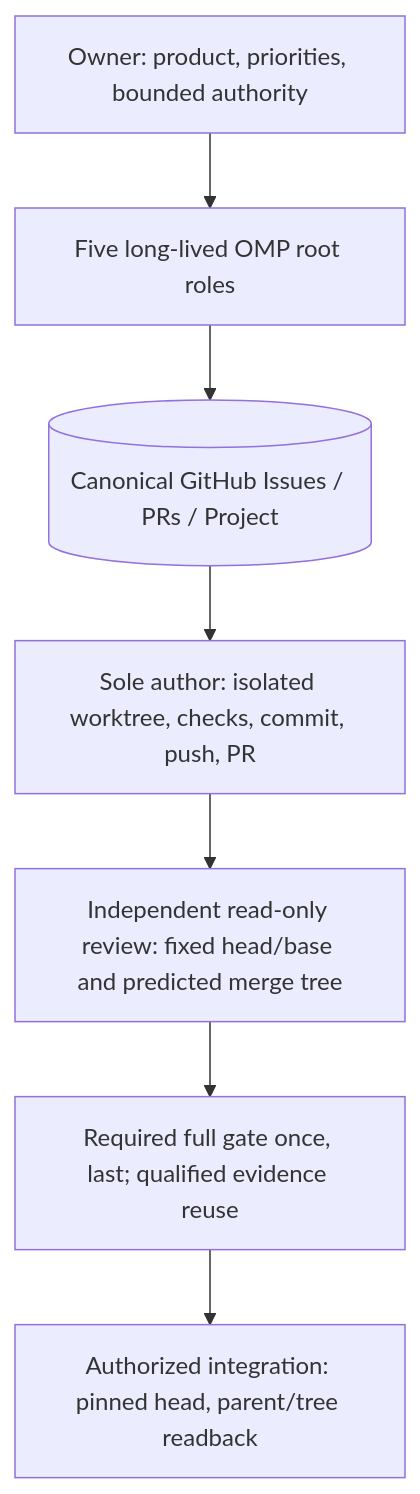
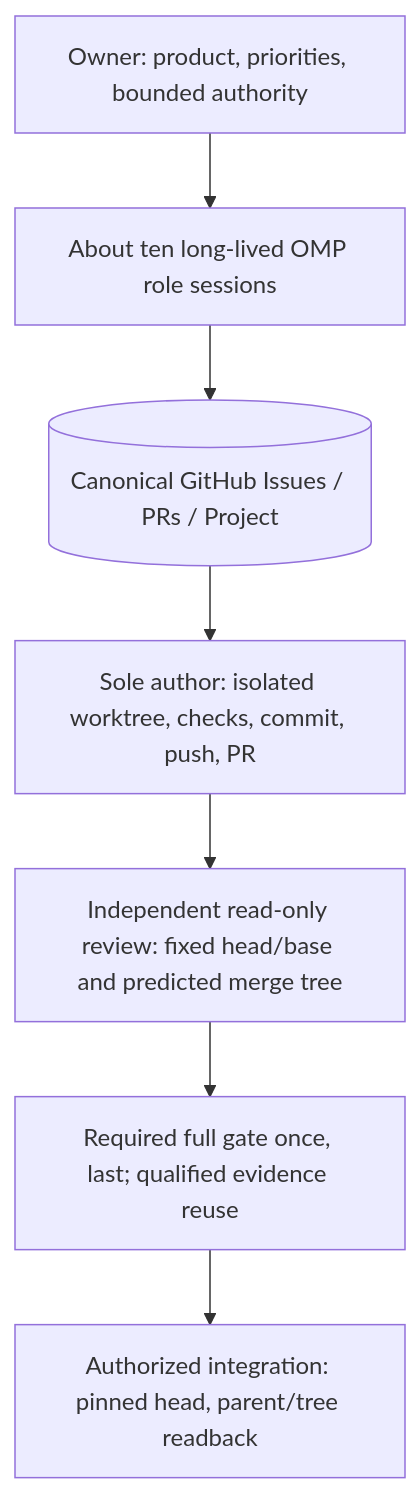
One commit to mg-mg-mg/agentic-engineering changed the diagram in README.md. Above: the diagram before and after it, drawn with Mermaid. The commit also changed other lines of this file and 1 other file, not shown here.

First line of the commit message:
Document ten coding roles and reliability lessons at agent concurrency scale (#2)

````diff
--- a/README.md
+++ b/README.md
@@ -42,11 +42,11 @@
 ```mermaid
 flowchart TB
   O["Owner: product, priorities, bounded authority"]
-  R["Five long-lived OMP root roles"]
+  R["About ten long-lived OMP role sessions"]
   G[("Canonical GitHub Issues / PRs / Project")]
   A["Sole author: isolated worktree, checks, commit, push, PR"]
   V["Independent read-only review: fixed head/base and predicted merge tree"]
   Q["Required full gate once, last; qualified evidence reuse"]
   M["Authorized integration: pinned head, parent/tree readback"]
   O --> R --> G --> A --> V --> Q --> M
 ```
````
